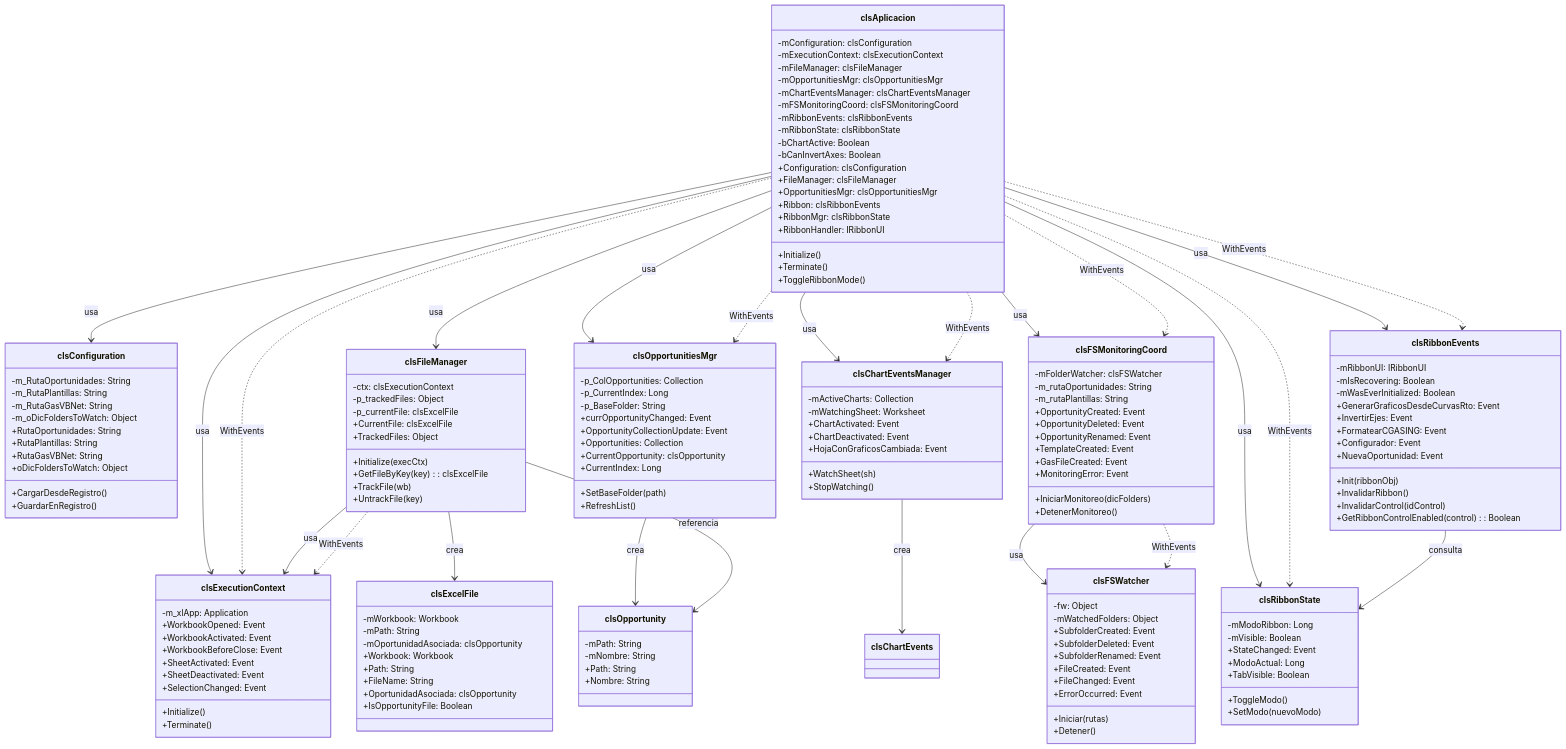
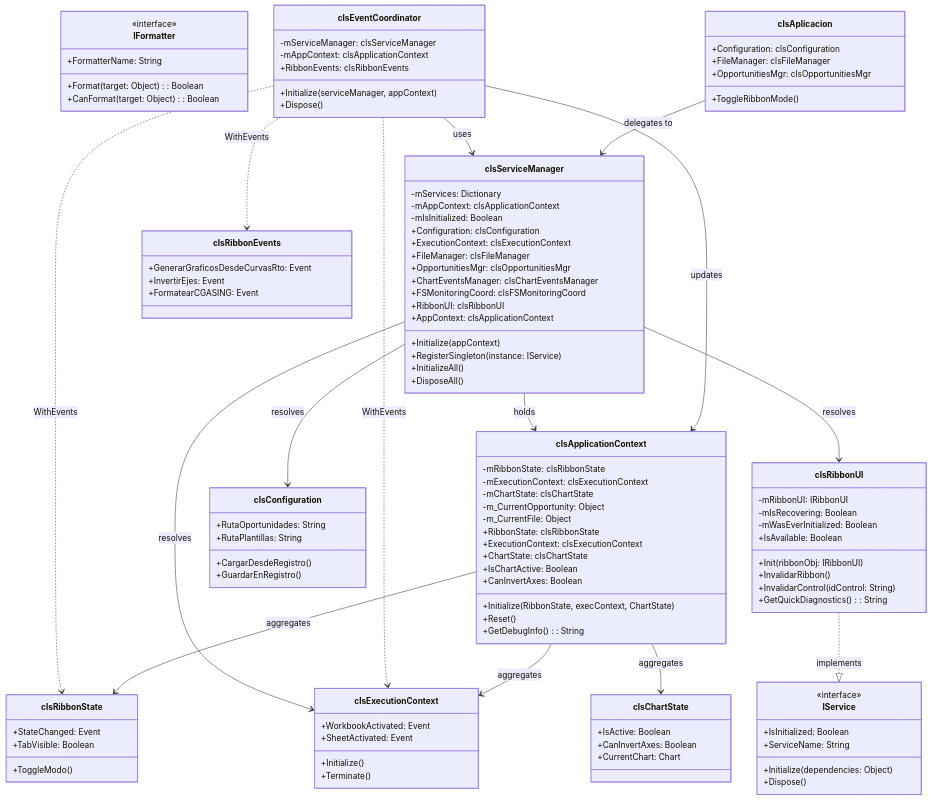
One commit to gautxori-yuyu/claude-vba-excel-abc-refactor changed the fifth of 13 diagrams in CLAUDE.md. Above: the diagram before and after it, drawn with Mermaid. The commit also changed other lines of this file, not shown here.

````diff
--- a/CLAUDE.md
+++ b/CLAUDE.md
@@ -748,184 +577,135 @@
 ```mermaid
 classDiagram
+    %% NUEVAS CLASES (en verde conceptualmente)
+    class IService {
+        <<interface>>
+        +Initialize(dependencies: Object)
+        +Dispose()
+        +IsInitialized: Boolean
+        +ServiceName: String
+    }
+
+    class IFormatter {
+        <<interface>>
+        +Format(target: Object): Boolean
+        +CanFormat(target: Object): Boolean
+        +FormatterName: String
+    }
+
+    class clsServiceManager {
+        -mServices: Dictionary
+        -mAppContext: clsApplicationContext
+        -mIsInitialized: Boolean
+        +Initialize(appContext)
+        +RegisterSingleton(instance: IService)
+        +InitializeAll()
+        +DisposeAll()
+        +Configuration: clsConfiguration
+        +ExecutionContext: clsExecutionContext
+        +FileManager: clsFileManager
+        +OpportunitiesMgr: clsOpportunitiesMgr
+        +ChartEventsManager: clsChartEventsManager
+        +FSMonitoringCoord: clsFSMonitoringCoord
+        +RibbonUI: clsRibbonUI
+        +AppContext: clsApplicationContext
+    }
+
+    class clsEventCoordinator {
+        -mServiceManager: clsServiceManager
+        -mAppContext: clsApplicationContext
+        +Initialize(serviceManager, appContext)
+        +RibbonEvents: clsRibbonEvents
+        +Dispose()
+    }
+
+    class clsApplicationContext {
+        -mRibbonState: clsRibbonState
+        -mExecutionContext: clsExecutionContext
+        -mChartState: clsChartState
+        -m_CurrentOpportunity: Object
+        -m_CurrentFile: Object
+        +Initialize(RibbonState, execContext, ChartState)
+        +RibbonState: clsRibbonState
+        +ExecutionContext: clsExecutionContext
+        +ChartState: clsChartState
+        +IsChartActive: Boolean
+        +CanInvertAxes: Boolean
+        +Reset()
+        +GetDebugInfo(): String
+    }
+
+    class clsRibbonUI {
+        -mRibbonUI: IRibbonUI
+        -mIsRecovering: Boolean
+        -mWasEverInitialized: Boolean
+        +Init(ribbonObj: IRibbonUI)
+        +InvalidarRibbon()
+        +InvalidarControl(idControl: String)
+        +IsAvailable: Boolean
+        +GetQuickDiagnostics(): String
+    }
+
+    %% CLASES EXISTENTES (simplificadas)
     class clsAplicacion {
-        -mConfiguration: clsConfiguration
-        -mExecutionContext: clsExecutionContext
-        -mFileManager: clsFileManager
-        -mOpportunitiesMgr: clsOpportunitiesMgr
-        -mChartEventsManager: clsChartEventsManager
-        -mFSMonitoringCoord: clsFSMonitoringCoord
-        -mRibbonEvents: clsRibbonEvents
-        -mRibbonState: clsRibbonState
-        -bChartActive: Boolean
-        -bCanInvertAxes: Boolean
-        +Initialize()
-        +Terminate()
         +Configuration: clsConfiguration
         +FileManager: clsFileManager
         +OpportunitiesMgr: clsOpportunitiesMgr
-        +Ribbon: clsRibbonEvents
-        +RibbonMgr: clsRibbonState
-        +RibbonHandler: IRibbonUI
         +ToggleRibbonMode()
     }
 
-    class clsExecutionContext {
-        -m_xlApp: Application
-        +Initialize()
-        +Terminate()
-        +WorkbookOpened: Event
-        +WorkbookActivated: Event
-        +WorkbookBeforeClose: Event
-        +SheetActivated: Event
-        +SheetDeactivated: Event
-        +SelectionChanged: Event
-    }
-
     class clsConfiguration {
-        -m_RutaOportunidades: String
-        -m_RutaPlantillas: String
-        -m_RutaGasVBNet: String
-        -m_oDicFoldersToWatch: Object
         +RutaOportunidades: String
         +RutaPlantillas: String
-        +RutaGasVBNet: String
-        +oDicFoldersToWatch: Object
         +CargarDesdeRegistro()
         +GuardarEnRegistro()
     }
 
-    class clsFileManager {
-        -ctx: clsExecutionContext
-        -p_trackedFiles: Object
-        -p_currentFile: clsExcelFile
-        +Initialize(execCtx)
-        +CurrentFile: clsExcelFile
-        +TrackedFiles: Object
-        +GetFileByKey(key): clsExcelFile
-        +TrackFile(wb)
-        +UntrackFile(key)
-    }
-
-    class clsOpportunitiesMgr {
-        -p_ColOpportunities: Collection
-        -p_CurrentIndex: Long
-        -p_BaseFolder: String
-        +currOpportunityChanged: Event
-        +OpportunityCollectionUpdate: Event
-        +SetBaseFolder(path)
-        +RefreshList()
-        +Opportunities: Collection
-        +CurrentOpportunity: clsOpportunity
-        +CurrentIndex: Long
-    }
-
-    class clsFSMonitoringCoord {
-        -mFolderWatcher: clsFSWatcher
-        -m_rutaOportunidades: String
-        -m_rutaPlantillas: String
-        +OpportunityCreated: Event
-        +OpportunityDeleted: Event
-        +OpportunityRenamed: Event
-        +TemplateCreated: Event
-        +GasFileCreated: Event
-        +MonitoringError: Event
-        +IniciarMonitoreo(dicFolders)
-        +DetenerMonitoreo()
-    }
-
-    class clsFSWatcher {
-        -fw: Object
-        -mWatchedFolders: Object
-        +SubfolderCreated: Event
-        +SubfolderDeleted: Event
-        +SubfolderRenamed: Event
-        +FileCreated: Event
-        +FileChanged: Event
-        +ErrorOccurred: Event
-        +Iniciar(rutas)
-        +Detener()
+    class clsExecutionContext {
+        +WorkbookActivated: Event
+        +SheetActivated: Event
+        +Initialize()
+        +Terminate()
     }
 
     class clsRibbonEvents {
-        -mRibbonUI: IRibbonUI
-        -mIsRecovering: Boolean
-        -mWasEverInitialized: Boolean
         +GenerarGraficosDesdeCurvasRto: Event
         +InvertirEjes: Event
         +FormatearCGASING: Event
-        +Configurador: Event
-        +NuevaOportunidad: Event
-        +Init(ribbonObj)
-        +InvalidarRibbon()
-        +InvalidarControl(idControl)
-        +GetRibbonControlEnabled(control): Boolean
     }
 
     class clsRibbonState {
-        -mModoRibbon: Long
-        -mVisible: Boolean
         +StateChanged: Event
-        +ModoActual: Long
+        +ToggleModo()
         +TabVisible: Boolean
-        +ToggleModo()
-        +SetModo(nuevoModo)
     }
 
-    class clsChartEventsManager {
-        -mActiveCharts: Collection
-        -mWatchingSheet: Worksheet
-        +ChartActivated: Event
-        +ChartDeactivated: Event
-        +HojaConGraficosCambiada: Event
-        +WatchSheet(sh)
-        +StopWatching()
+    class clsChartState {
+        +IsActive: Boolean
+        +CanInvertAxes: Boolean
+        +CurrentChart: Chart
     }
 
-    class clsExcelFile {
-        -mWorkbook: Workbook
-        -mPath: String
-        -mOportunidadAsociada: clsOpportunity
-        +Workbook: Workbook
-        +Path: String
-        +FileName: String
-        +OportunidadAsociada: clsOpportunity
-        +IsOpportunityFile: Boolean
-    }
+    %% RELACIONES - Interfaces
+    clsRibbonUI ..|> IService : implements
 
-    class clsOpportunity {
-        -mPath: String
-        -mNombre: String
-        +Path: String
-        +Nombre: String
-    }
+    %% RELACIONES - ServiceManager como hub central
+    clsServiceManager --> clsApplicationContext : holds
+    clsServiceManager --> clsConfiguration : resolves
+    clsServiceManager --> clsExecutionContext : resolves
+    clsServiceManager --> clsRibbonUI : resolves
 
-    clsAplicacion --> clsConfiguration : usa
-    clsAplicacion --> clsExecutionContext : usa
-    clsAplicacion --> clsFileManager : usa
-    clsAplicacion --> clsOpportunitiesMgr : usa
-    clsAplicacion --> clsChartEventsManager : usa
-    clsAplicacion --> clsFSMonitoringCoord : usa
-    clsAplicacion --> clsRibbonEvents : usa
-    clsAplicacion --> clsRibbonState : usa
+    %% RELACIONES - EventCoordinator como Mediator
+    clsEventCoordinator --> clsServiceManager : uses
+    clsEventCoordinator --> clsApplicationContext : updates
+    clsEventCoordinator ..> clsExecutionContext : WithEvents
+    clsEventCoordinator ..> clsRibbonEvents : WithEvents
+    clsEventCoordinator ..> clsRibbonState : WithEvents
 
-    clsAplicacion ..> clsExecutionContext : WithEvents
-    clsAplicacion ..> clsOpportunitiesMgr : WithEvents
-    clsAplicacion ..> clsChartEventsManager : WithEvents
-    clsAplicacion ..> clsFSMonitoringCoord : WithEvents
-    clsAplicacion ..> clsRibbonEvents : WithEvents
-    clsAplicacion ..> clsRibbonState : WithEvents
+    %% RELACIONES - ApplicationContext agrega estado
+    clsApplicationContext --> clsRibbonState : aggregates
+    clsApplicationContext --> clsExecutionContext : aggregates
+    clsApplicationContext --> clsChartState : aggregates
 
-    clsFileManager --> clsExecutionContext : usa
-    clsFileManager ..> clsExecutionContext : WithEvents
-    clsFileManager --> clsExcelFile : crea
-
-    clsFSMonitoringCoord --> clsFSWatcher : usa
-    clsFSMonitoringCoord ..> clsFSWatcher : WithEvents
-
-    clsChartEventsManager --> clsChartEvents : crea
-
-    clsOpportunitiesMgr --> clsOpportunity : crea
-    clsFileManager --> clsOpportunity : referencia
-
-    clsRibbonEvents --> clsRibbonState : consulta
+    %% RELACIONES - Clases existentes (simplificadas)
+    clsAplicacion --> clsServiceManager : delegates to
 ```
````
